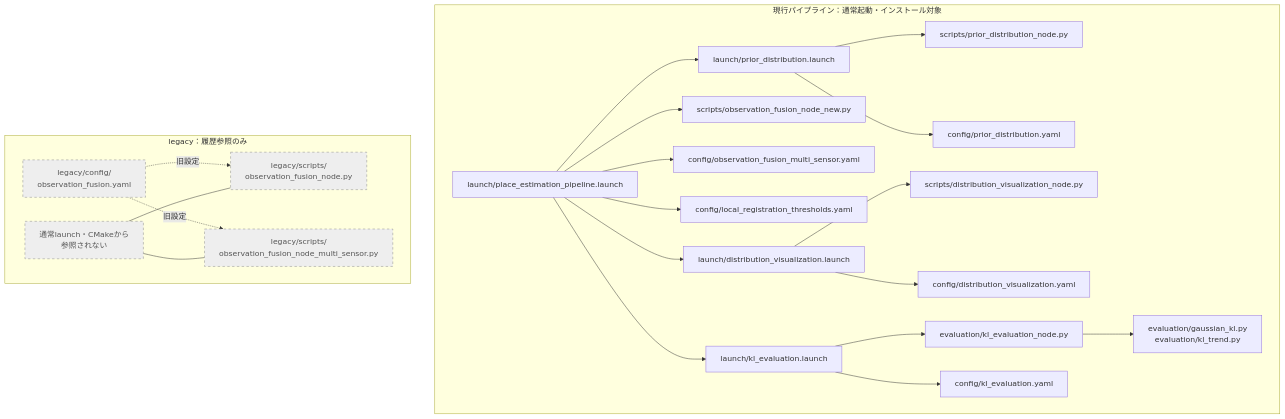
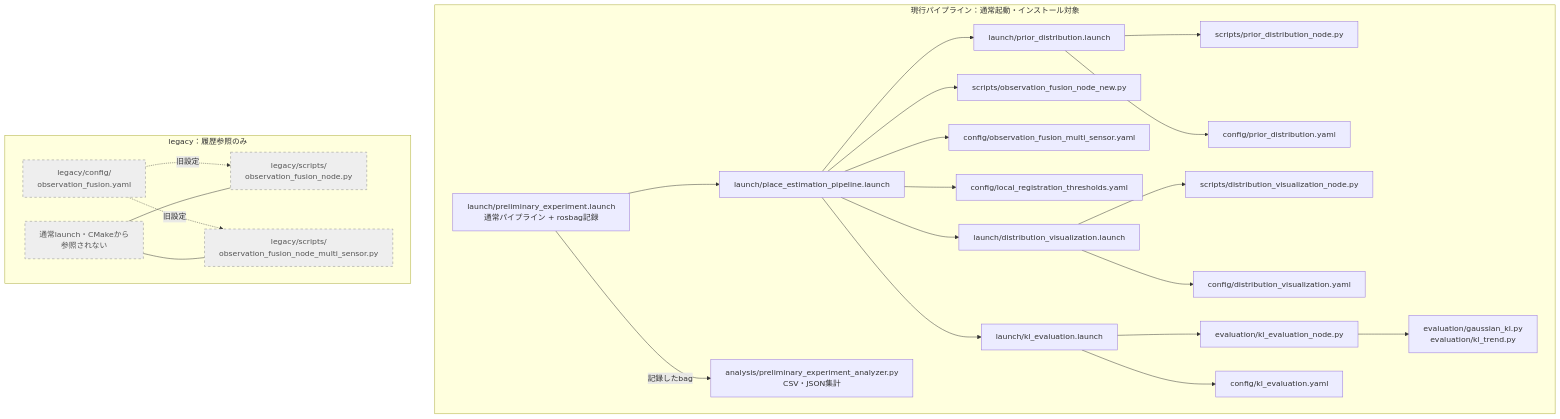
One commit to soma-okamoto/Docker_Youbot_project_gradient changed the second of 5 diagrams in catkin_ws/src/place_estimation/docs/system_architecture.md. Above: the diagram before and after it, drawn with Mermaid. The commit also changed other lines of this file and 15 other files, not shown here.

````diff
--- a/catkin_ws/src/place_estimation/docs/system_architecture.md
+++ b/catkin_ws/src/place_estimation/docs/system_architecture.md
@@ -58,54 +61,60 @@
 ```mermaid
 flowchart TD
     subgraph ACTIVE["現行パイプライン：通常起動・インストール対象"]
         MAIN["launch/place_estimation_pipeline.launch"]
 
         PL["launch/prior_distribution.launch"]
         PN["scripts/prior_distribution_node.py"]
         PC["config/prior_distribution.yaml"]
 
         FN["scripts/observation_fusion_node_new.py"]
         FC["config/observation_fusion_multi_sensor.yaml"]
         TC["config/local_registration_thresholds.yaml"]
 
         VL["launch/distribution_visualization.launch"]
         VN["scripts/distribution_visualization_node.py"]
         VC["config/distribution_visualization.yaml"]
 
         KL_L["launch/kl_evaluation.launch"]
         KL_N["evaluation/kl_evaluation_node.py"]
         KL_C["config/kl_evaluation.yaml"]
         KL_LIB["evaluation/gaussian_kl.py<br/>evaluation/kl_trend.py"]
 
+        PRELIM["launch/preliminary_experiment.launch<br/>通常パイプライン + rosbag記録"]
+        ANALYZER["analysis/preliminary_experiment_analyzer.py<br/>CSV・JSON集計"]
+
         MAIN --> PL
         PL --> PN
         PL --> PC
 
         MAIN --> FN
         MAIN --> FC
         MAIN --> TC
 
         MAIN --> VL
         VL --> VN
         VL --> VC
 
         MAIN --> KL_L
         KL_L --> KL_N
         KL_L --> KL_C
         KL_N --> KL_LIB
+
+        PRELIM --> MAIN
+        PRELIM -->|"記録したbag"| ANALYZER
     end
 
     subgraph LEGACY["legacy：履歴参照のみ"]
         OLD1["legacy/scripts/<br/>observation_fusion_node.py"]
         OLD2["legacy/scripts/<br/>observation_fusion_node_multi_sensor.py"]
         OLDC["legacy/config/<br/>observation_fusion.yaml"]
         NOTE["通常launch・CMakeから<br/>参照されない"]
         OLDC -. "旧設定" .-> OLD1
         OLDC -. "旧設定" .-> OLD2
         NOTE --- OLD1
         NOTE --- OLD2
     end
 
     classDef legacy fill:#eeeeee,stroke:#888888,color:#555555,stroke-dasharray: 5 5;
     class OLD1,OLD2,OLDC,NOTE legacy;
 ```
````
